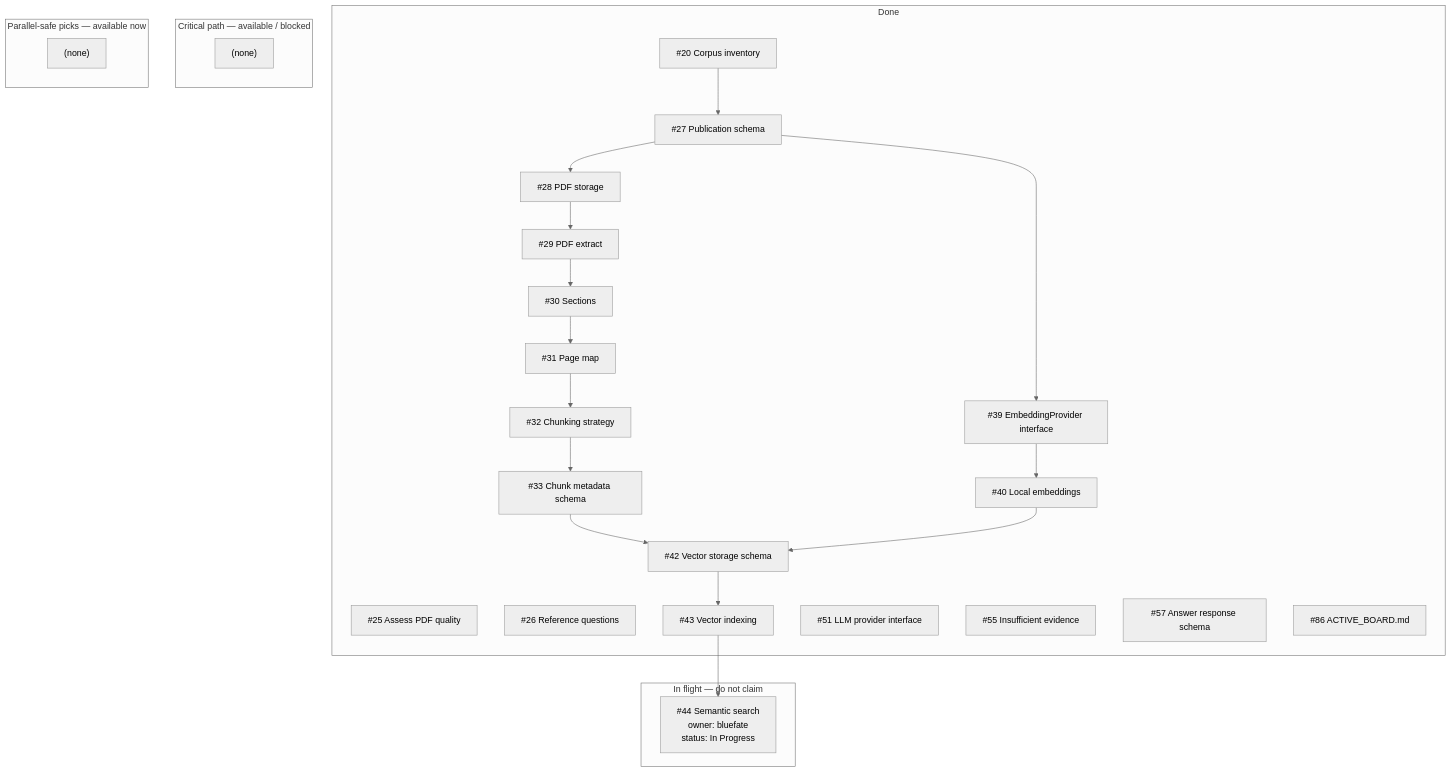
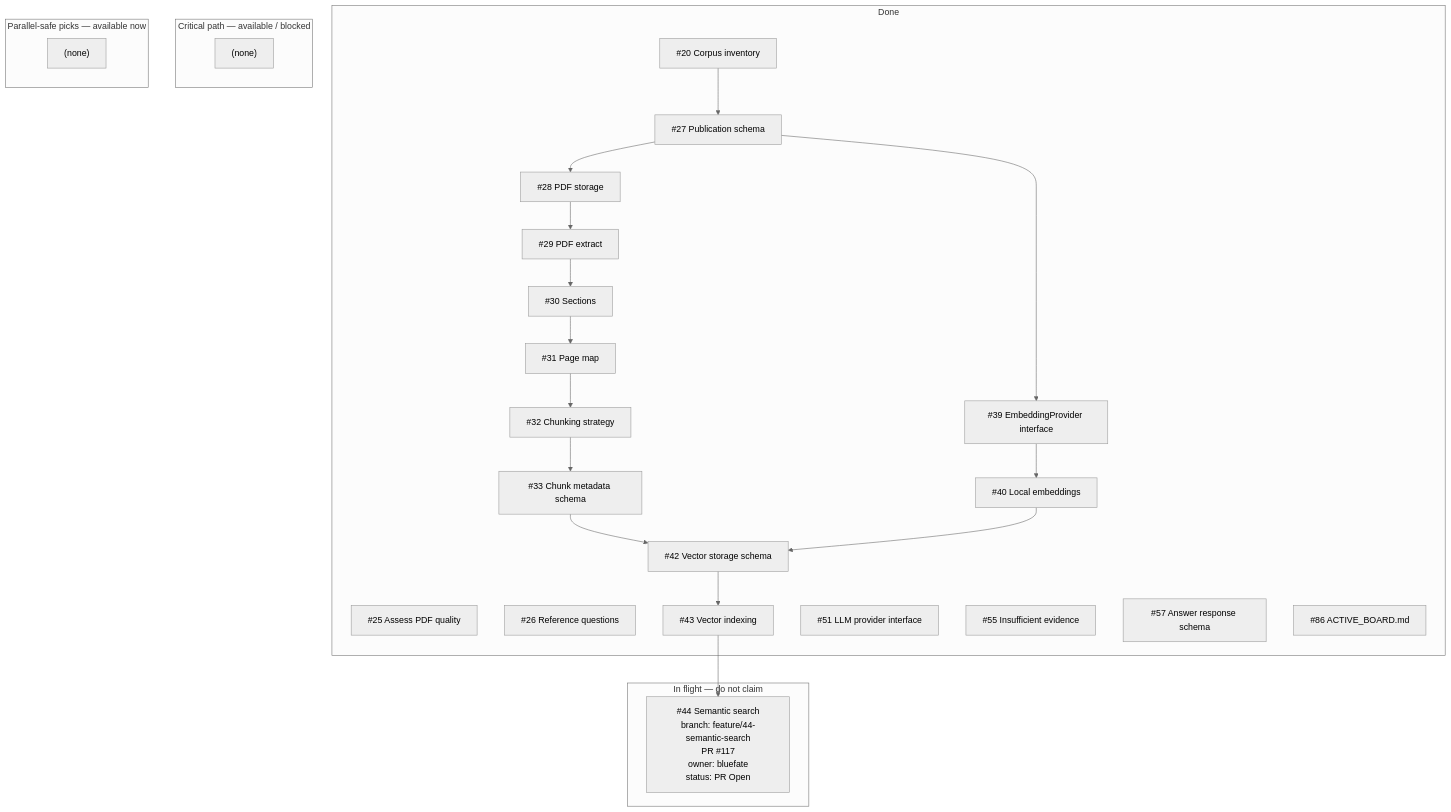
The diagram in docs/development/ACTIVE_BOARD.md (bluefate/spacebio-evidence-engine), drawn with Mermaid (neutral theme) before and after one commit. The commit also changed other lines of this file, not shown here.

Commit message:
docs: refresh active board for PR #117

````diff
--- a/docs/development/ACTIVE_BOARD.md
+++ b/docs/development/ACTIVE_BOARD.md
@@ -62,45 +62,45 @@
 ```mermaid
 flowchart TB
   subgraph done [Done]
     i20["#20 Corpus inventory"]
     i25["#25 Assess PDF quality"]
     i26["#26 Reference questions"]
     i27["#27 Publication schema"]
     i28["#28 PDF storage"]
     i29["#29 PDF extract"]
     i30["#30 Sections"]
     i31["#31 Page map"]
     i32["#32 Chunking strategy"]
     i33["#33 Chunk metadata schema"]
     i39["#39 EmbeddingProvider interface"]
     i40["#40 Local embeddings"]
     i42["#42 Vector storage schema"]
     i43["#43 Vector indexing"]
     i51["#51 LLM provider interface"]
     i55["#55 Insufficient evidence"]
     i57["#57 Answer response schema"]
     i86["#86 ACTIVE_BOARD.md"]
   end
   subgraph inflight [In flight — do not claim]
-    i44["#44 Semantic search<br/>owner: bluefate<br/>status: In Progress"]
+    i44["#44 Semantic search<br/>branch: feature/44-semantic-search<br/>PR #117<br/>owner: bluefate<br/>status: PR Open"]
   end
   subgraph nextCritical [Critical path — available / blocked]
     nextCritical_empty["(none)"]
   end
   subgraph nextParallel [Parallel-safe picks — available now]
     nextParallel_empty["(none)"]
   end
   i20 --> i27
   i27 --> i28
   i28 --> i29
   i29 --> i30
   i30 --> i31
   i31 --> i32
   i32 --> i33
   i33 --> i42
   i27 --> i39
   i39 --> i40
   i40 --> i42
   i42 --> i43
   i43 --> i44
 ```
````
